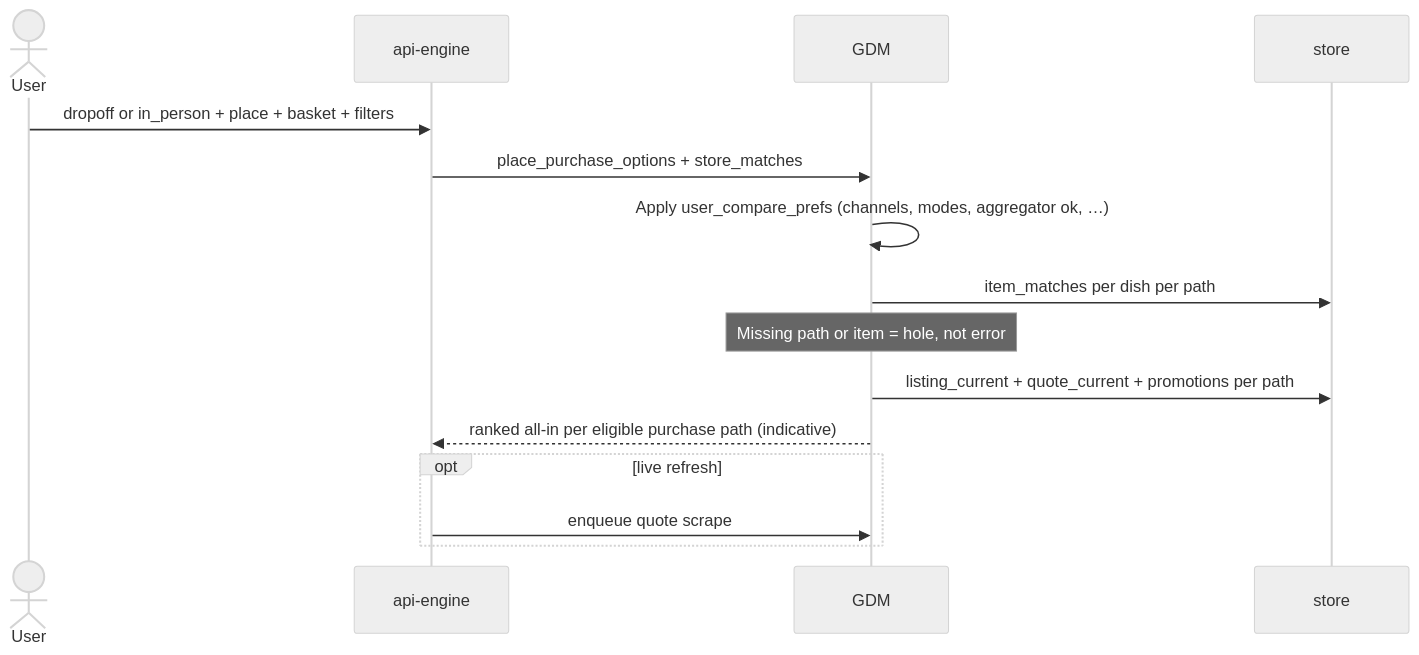
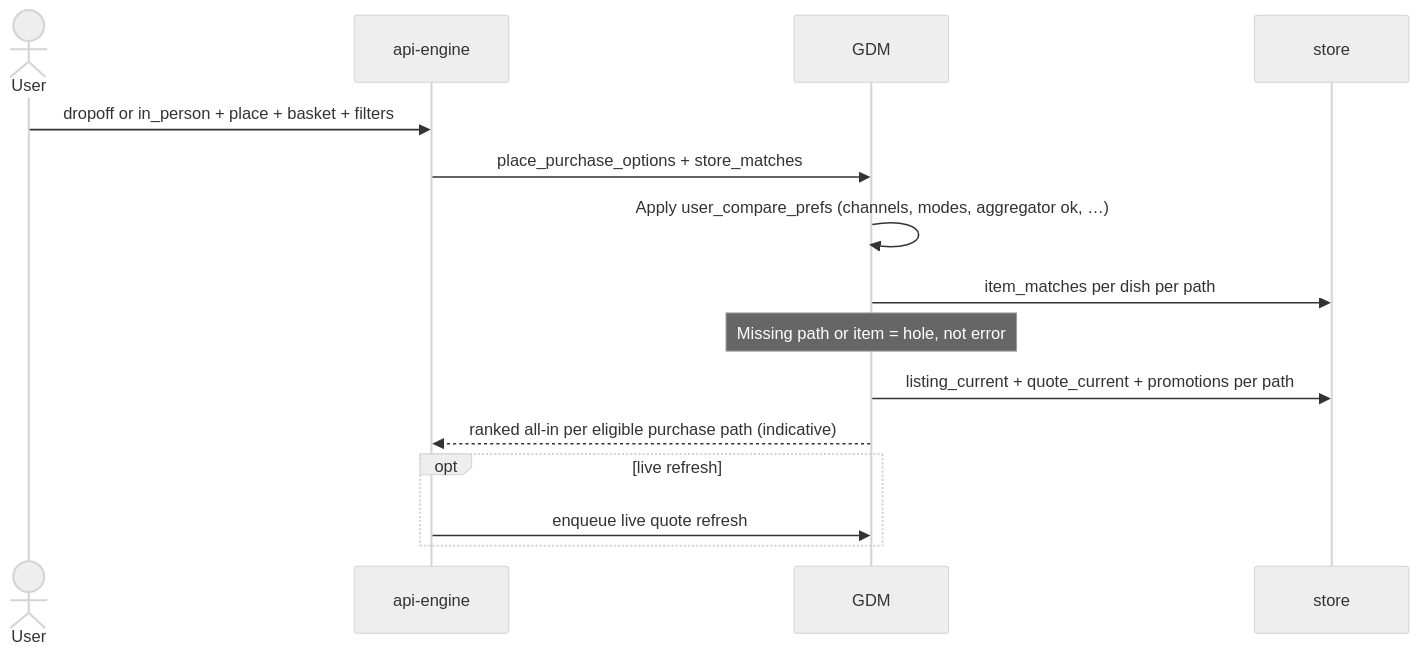
One commit to ChristianDenniss/nibble-local-dev changed the eighth of 9 diagrams in docs/architecture/data-model.md. Above: the diagram before and after it, drawn with Mermaid (neutral theme). The commit also changed other lines of this file and 4 other files, not shown here.

````diff
--- a/docs/architecture/data-model.md
+++ b/docs/architecture/data-model.md
@@ -819,18 +819,18 @@
 ```mermaid
 sequenceDiagram
   actor U as User
   participant API as api-engine
   participant M as GDM
   participant DB as store
 
   U->>API: dropoff or in_person + place + basket + filters
   API->>M: place_purchase_options + store_matches
   M->>M: Apply user_compare_prefs (channels, modes, aggregator ok, …)
   M->>DB: item_matches per dish per path
   Note over M: Missing path or item = hole, not error
   M->>DB: listing_current + quote_current + promotions per path
   M-->>API: ranked all-in per eligible purchase path (indicative)
   opt live refresh
-    API->>M: enqueue quote scrape
+    API->>M: enqueue live quote refresh
   end
 ```
````
